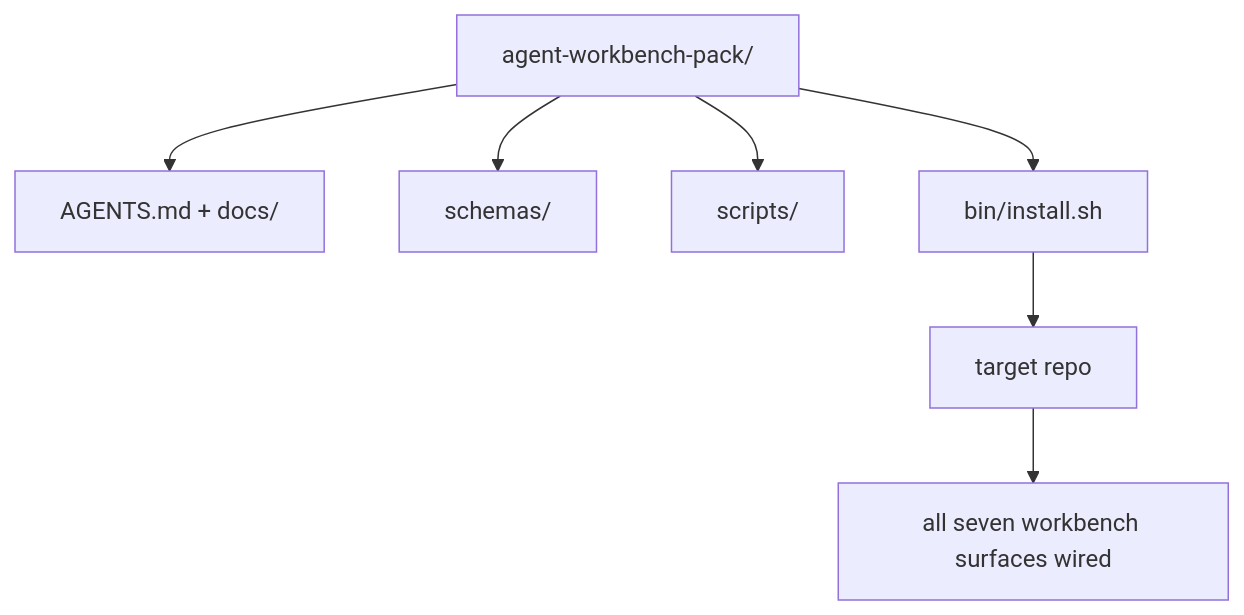
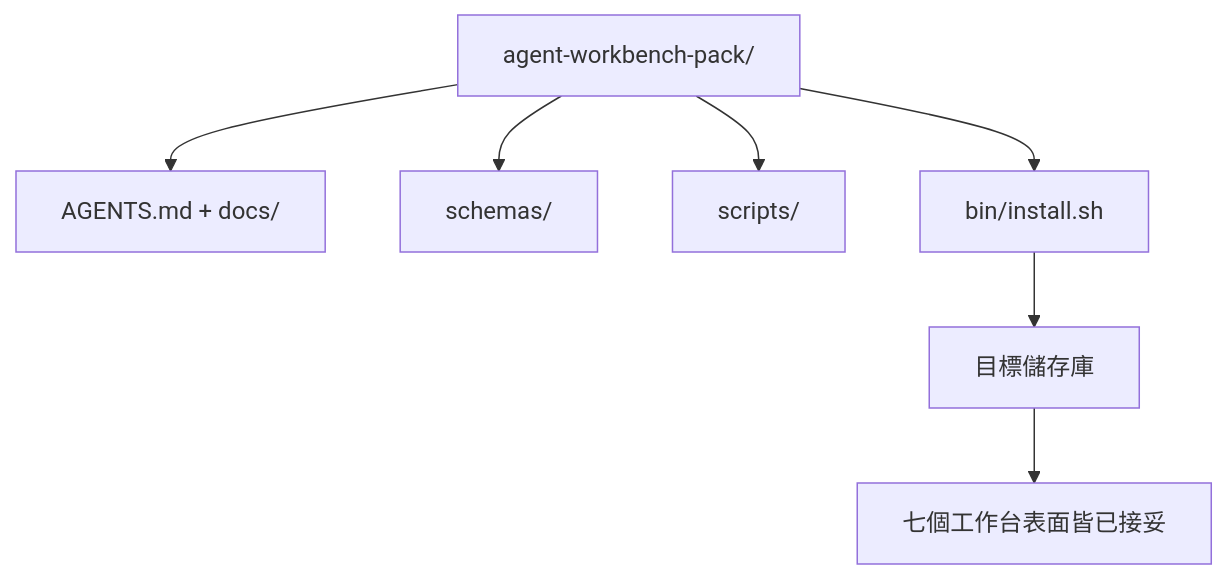
The diagram in i18n/zh-TW/phases/14-agent-engineering/42-agent-workbench-capstone/docs/zh-TW.md (edward821220/ai-engineering-from-scratch), drawn with Mermaid before and after one commit. The commit also changed other lines of this file and 3 other files, not shown here.

````diff
--- a/i18n/zh-TW/phases/14-agent-engineering/42-agent-workbench-capstone/docs/zh-TW.md
+++ b/i18n/zh-TW/phases/14-agent-engineering/42-agent-workbench-capstone/docs/zh-TW.md
@@ -26,9 +26,9 @@
 ```mermaid
 flowchart TD
   Pack[agent-workbench-pack/] --> Docs[AGENTS.md + docs/]
   Pack --> Schemas[schemas/]
   Pack --> Scripts[scripts/]
   Pack --> Bin[bin/install.sh]
-  Bin --> Repo[target repo]
-  Repo --> Surfaces[all seven workbench surfaces wired]
+  Bin --> Repo[目標儲存庫]
+  Repo --> Surfaces[七個工作台表面皆已接妥]
 ```
````
